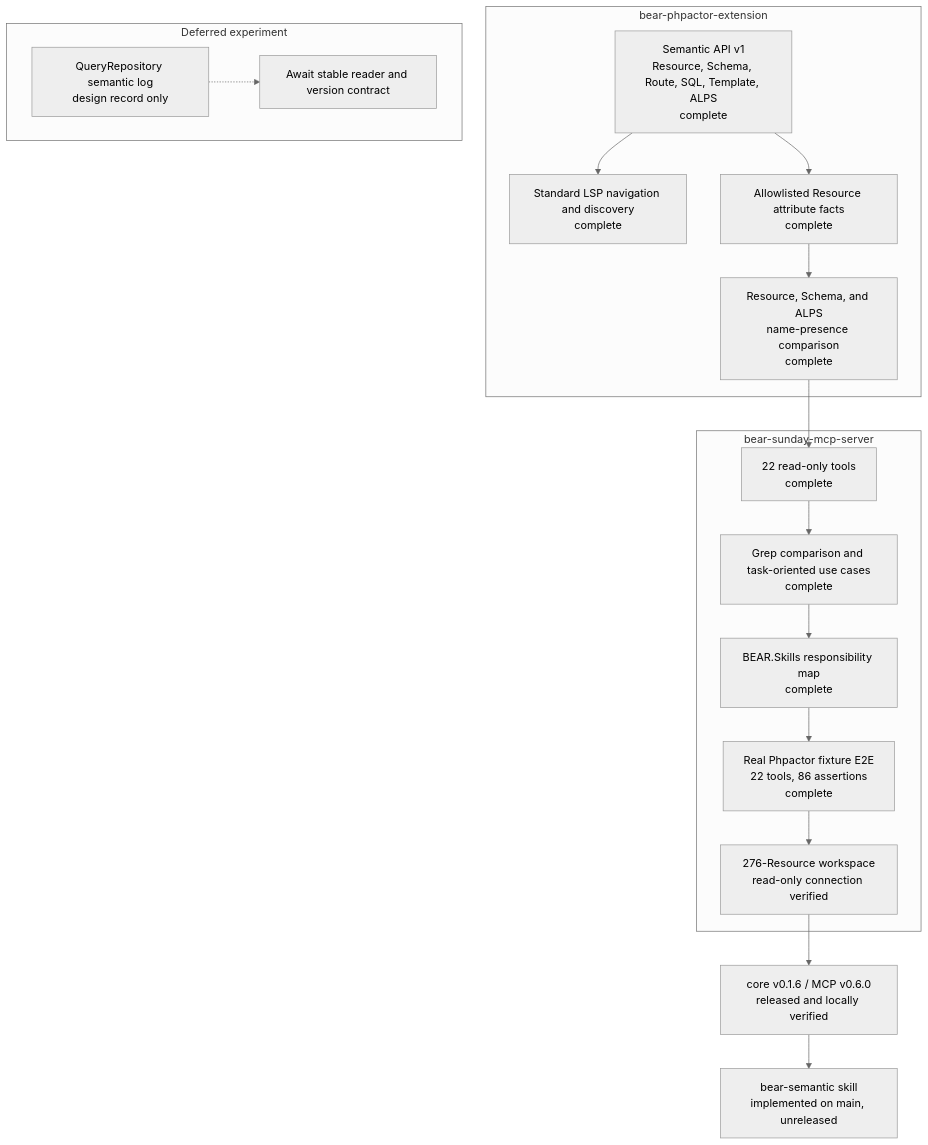
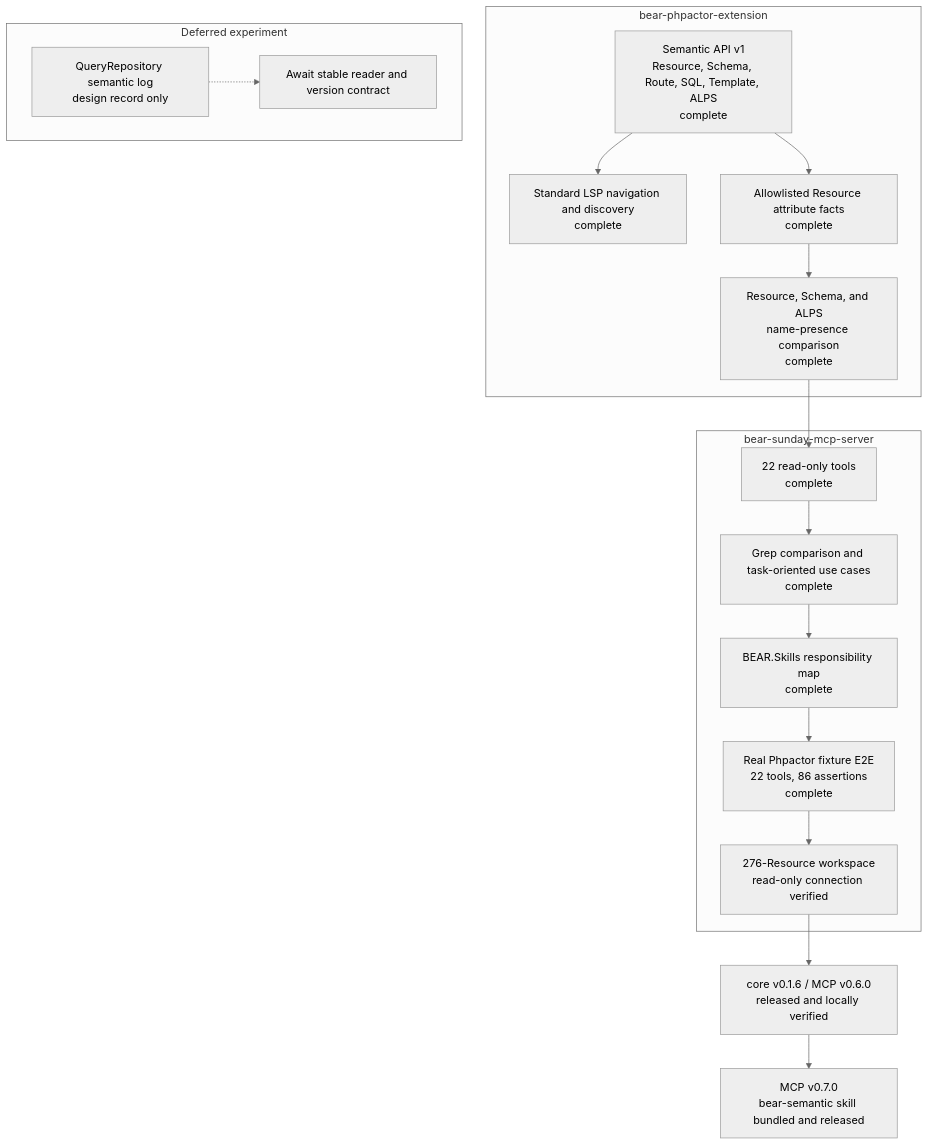
The diagram in docs/project-status.md (suzumaze/bear-sunday-mcp-server), drawn with Mermaid (neutral theme) before and after one commit. The commit also changed other lines of this file and 5 other files, not shown here.

Commit message:
Release v0.7.0 bundled agent skill

````diff
--- a/docs/project-status.md
+++ b/docs/project-status.md
@@ -9,31 +9,31 @@
 ```mermaid
 flowchart TB
     subgraph Core["bear-phpactor-extension"]
         C1["Semantic API v1<br/>Resource, Schema, Route, SQL, Template, ALPS<br/>complete"]
         C2["Standard LSP navigation and discovery<br/>complete"]
         C3["Allowlisted Resource attribute facts<br/>complete"]
         C4["Resource, Schema, and ALPS<br/>name-presence comparison<br/>complete"]
         C1 --> C2
         C1 --> C3 --> C4
     end
 
     subgraph MCP["bear-sunday-mcp-server"]
         M1["22 read-only tools<br/>complete"]
         M2["Grep comparison and task-oriented use cases<br/>complete"]
         M3["BEAR.Skills responsibility map<br/>complete"]
         M4["Real Phpactor fixture E2E<br/>22 tools, 86 assertions<br/>complete"]
         M5["276-Resource workspace<br/>read-only connection verified"]
         M1 --> M2 --> M3 --> M4 --> M5
     end
 
     C4 --> M1
 
     subgraph Deferred["Deferred experiment"]
         D1["QueryRepository semantic log<br/>design record only"]
         D2["Await stable reader and version contract"]
         D1 -.-> D2
     end
 
     M5 --> R1["core v0.1.6 / MCP v0.6.0<br/>released and locally verified"]
-    R1 --> S1["bear-semantic skill<br/>implemented on main, unreleased"]
+    R1 --> S1["MCP v0.7.0<br/>bear-semantic skill bundled and released"]
 ```
````
